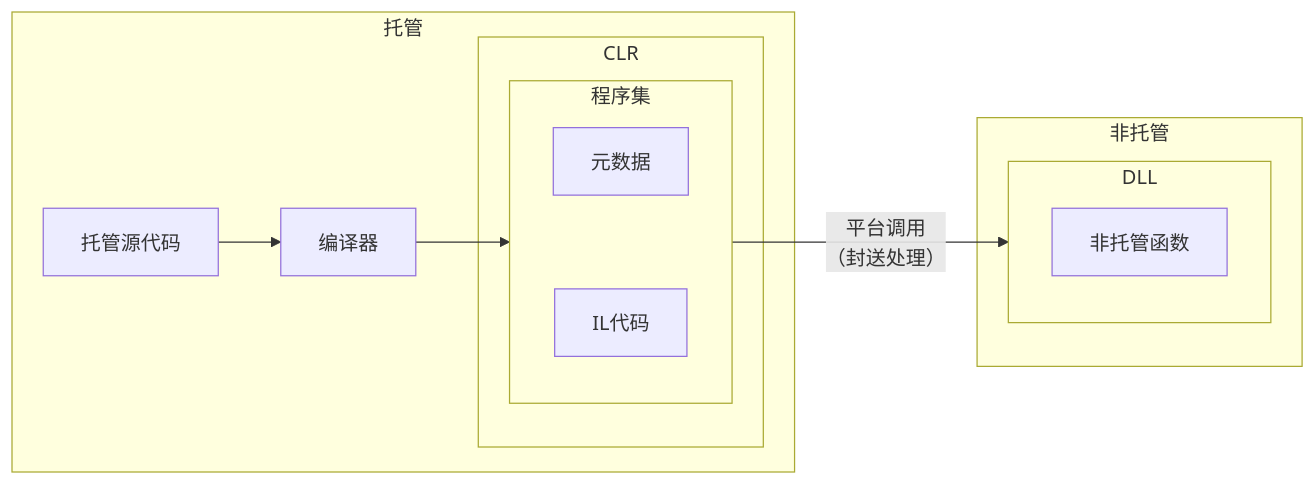
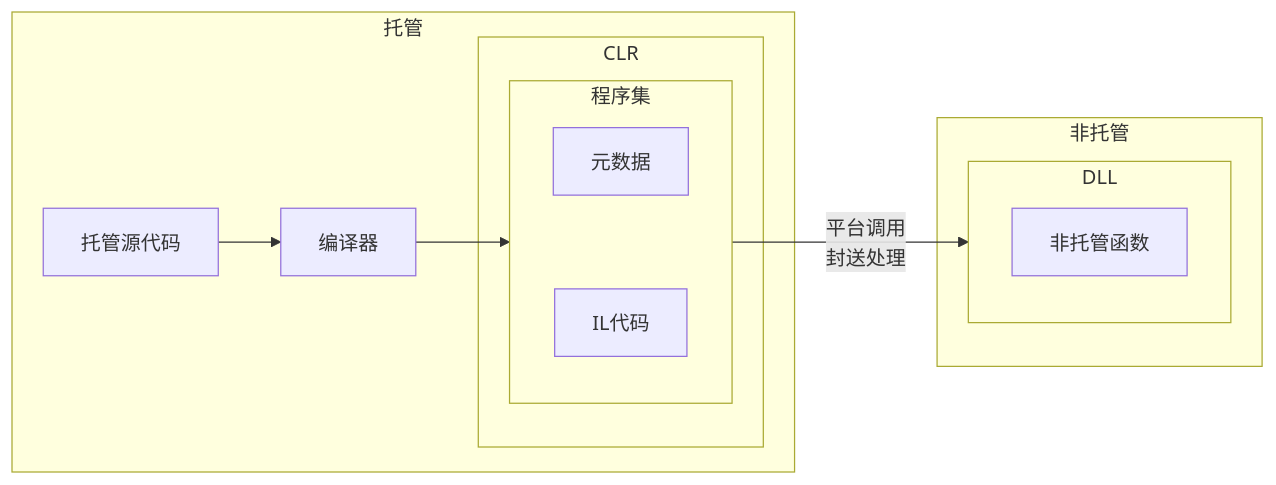
The second of 3 diagrams in source/_posts/CSharp与C++代码的互操作方式.md (Poker-sang/Poker-sang.github.io), drawn with Mermaid before and after one commit. The commit also changed other lines of this file, not shown here.

```diff
--- a/source/_posts/CSharp与C++代码的互操作方式.md
+++ b/source/_posts/CSharp与C++代码的互操作方式.md
@@ -83,22 +83,21 @@
 {% mermaid %}
 flowchart LR
-    B-->C-->F--平台调用
-    （封送处理）-->G
+    B-->C-->F--平台调用<br/>封送处理-->G
     D~~~E
     subgraph 非托管
         subgraph G[DLL]
             A[非托管函数]
         end
     end
     subgraph 托管
         B[托管源代码]
         C[编译器]
         subgraph CLR
             subgraph F[程序集]
                 direction TB
                 D[元数据]
                 E[IL代码]
             end
         end
     end
 {% endmermaid %}
```
